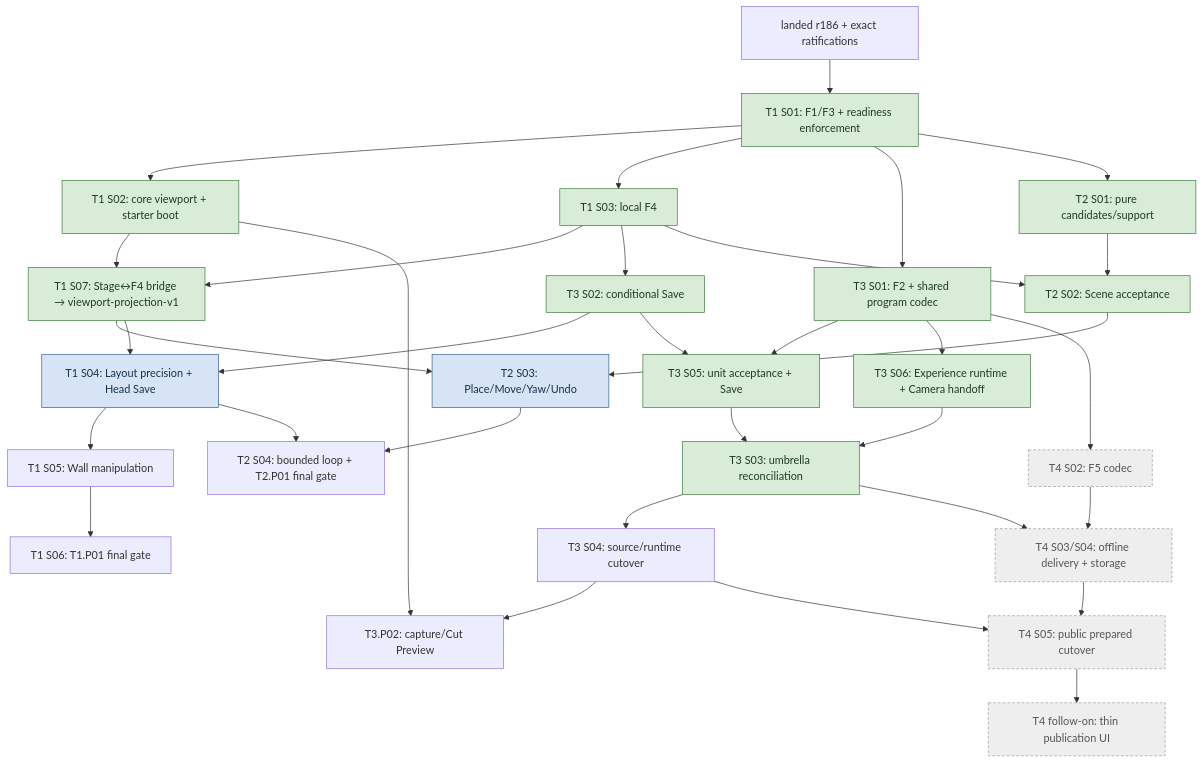
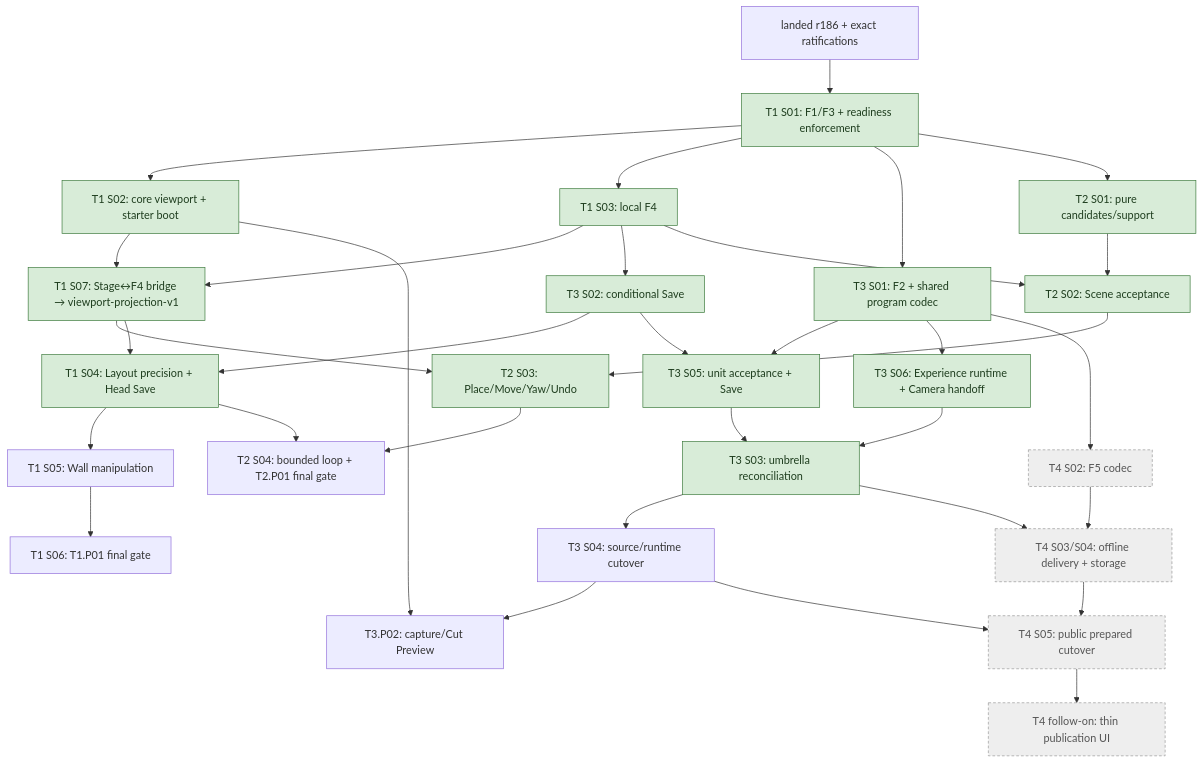
Before and after one commit to Biskiq/spatial-sketch-editor: the first of 4 diagrams in docs/roadmap/cross-track-execution.md, drawn with Mermaid. The commit also changed other lines of this file and 13 other files, not shown here.

````diff
--- a/docs/roadmap/cross-track-execution.md
+++ b/docs/roadmap/cross-track-execution.md
@@ -198,41 +206,40 @@
 ```mermaid
 flowchart TD
   R["landed r186 + exact ratifications"] --> A["T1 S01: F1/F3 + readiness enforcement"]
   A --> V["T1 S02: core viewport + starter boot"]
   A --> L["T1 S03: local F4"]
   A --> U["T3 S01: F2 + shared program codec"]
   A --> O["T2 S01: pure candidates/support"]
   V --> B["T1 S07: Stage↔F4 bridge → viewport-projection-v1"]
   L --> B
   L --> S["T3 S02: conditional Save"]
   L --> C["T2 S02: Scene acceptance"]
   O --> C
   C --> UI["T2 S03: Place/Move/Yaw/Undo"]
   B --> UI
   B --> P["T1 S04: Layout precision + Head Save"]
   S --> P
   P --> W["T1 S05: Wall manipulation"] --> G["T1 S06: T1.P01 final gate"]
   P --> T2F["T2 S04: bounded loop + T2.P01 final gate"]
   UI --> T2F
   U --> X5["T3 S05: unit acceptance + Save"]
   S --> X5
   U --> X6["T3 S06: Experience runtime + Camera handoff"]
   X5 --> X["T3 S03: umbrella reconciliation"]
   X6 --> X
   U --> F["T4 S02: F5 codec"]
   X --> CUT["T3 S04: source/runtime cutover"]
   X --> OFF["T4 S03/S04: offline delivery + storage"]
   F --> OFF
   CUT --> PRE["T3.P02: capture/Cut Preview"]
   V --> PRE
   CUT --> PUB["T4 S05: public prepared cutover"]
   OFF --> PUB
   PUB --> UX["T4 follow-on: thin publication UI"]
 
   classDef shipped fill:#d8ecd8,stroke:#3c7a3c,color:#1e3d1e
   classDef authorized fill:#d6e4f5,stroke:#2f5f99,color:#17304d
   classDef deferred fill:#eeeeee,stroke:#999999,color:#555555,stroke-dasharray:4 3
-  class A,V,L,U,O,B,S,C,X5,X6,X shipped
-  class P,UI authorized
+  class A,V,L,U,O,B,S,C,X5,X6,X,P,UI shipped
   class F,OFF,PUB,UX deferred
 ```
````
